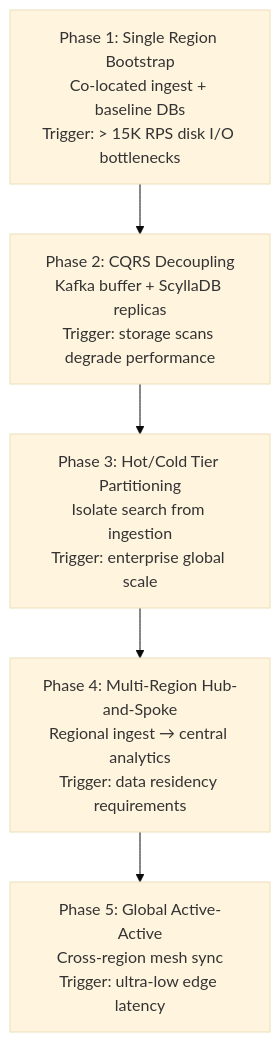
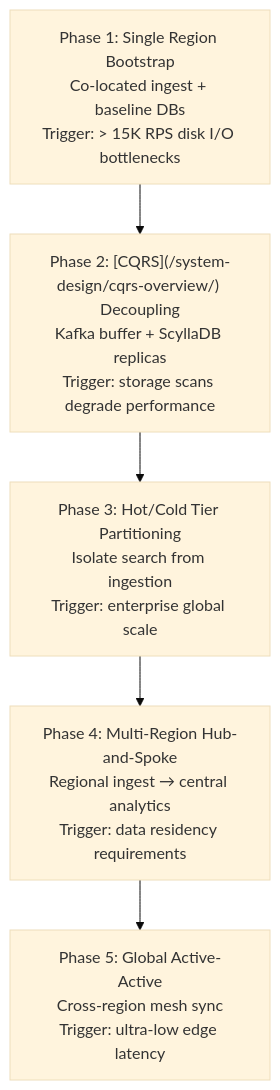
One commit to pradeep2Tech/pradeep2Tech.github.io changed the third of 3 diagrams in content/system-design/distributed-logging-system.md. Above: the diagram before and after it, drawn with Mermaid (base theme). The commit also changed other lines of this file and 154 other files, not shown here.

````diff
--- a/content/system-design/distributed-logging-system.md
+++ b/content/system-design/distributed-logging-system.md
@@ -379,10 +381,10 @@
 ```mermaid
 flowchart TD
     S1["Phase 1: Single Region Bootstrap<br/>Co-located ingest + baseline DBs<br/>Trigger: > 15K RPS disk I/O bottlenecks"]
-    S2["Phase 2: CQRS Decoupling<br/>Kafka buffer + ScyllaDB replicas<br/>Trigger: storage scans degrade performance"]
+    S2["Phase 2: [CQRS](/system-design/cqrs-overview/) Decoupling<br/>Kafka buffer + ScyllaDB replicas<br/>Trigger: storage scans degrade performance"]
     S3["Phase 3: Hot/Cold Tier Partitioning<br/>Isolate search from ingestion<br/>Trigger: enterprise global scale"]
     S4["Phase 4: Multi-Region Hub-and-Spoke<br/>Regional ingest → central analytics<br/>Trigger: data residency requirements"]
     S5["Phase 5: Global Active-Active<br/>Cross-region mesh sync<br/>Trigger: ultra-low edge latency"]
 
     S1 --> S2 --> S3 --> S4 --> S5
 ```
````
